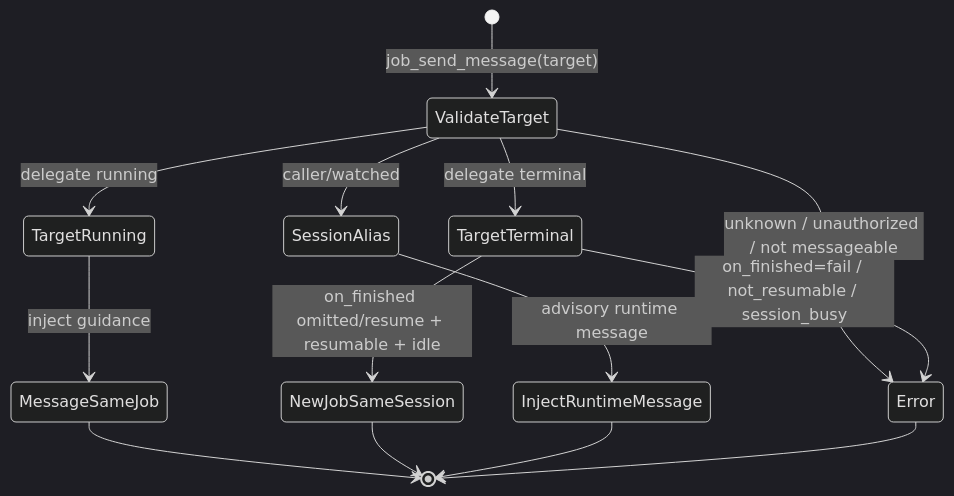
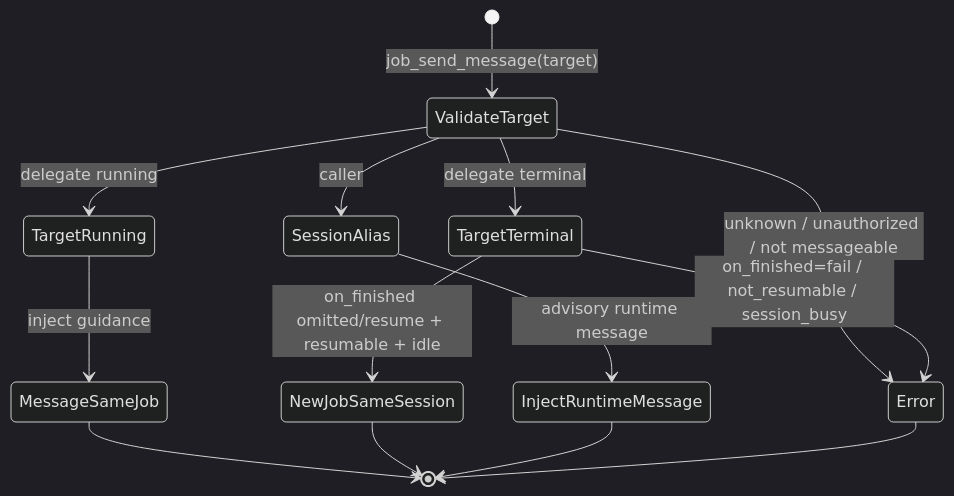
The second of 7 diagrams in docs/job-control.md (prime-radiant-inc/evener), drawn with Mermaid (dark theme) before and after one commit. The commit also changed other lines of this file and 12 other files, not shown here.

````diff
--- a/docs/job-control.md
+++ b/docs/job-control.md
@@ -397,16 +397,16 @@
 ```mermaid
 stateDiagram-v2
     [*] --> ValidateTarget: job_send_message(target)
     ValidateTarget --> Error: unknown / unauthorized / not messageable
     ValidateTarget --> TargetRunning: delegate running
     ValidateTarget --> TargetTerminal: delegate terminal
-    ValidateTarget --> SessionAlias: caller/watched
+    ValidateTarget --> SessionAlias: caller
     TargetRunning --> MessageSameJob: inject guidance
     TargetTerminal --> NewJobSameSession: on_finished omitted/resume + resumable + idle
     TargetTerminal --> Error: on_finished=fail / not_resumable / session_busy
     SessionAlias --> InjectRuntimeMessage: advisory runtime message
     MessageSameJob --> [*]
     NewJobSameSession --> [*]
     InjectRuntimeMessage --> [*]
     Error --> [*]
 ```
````
